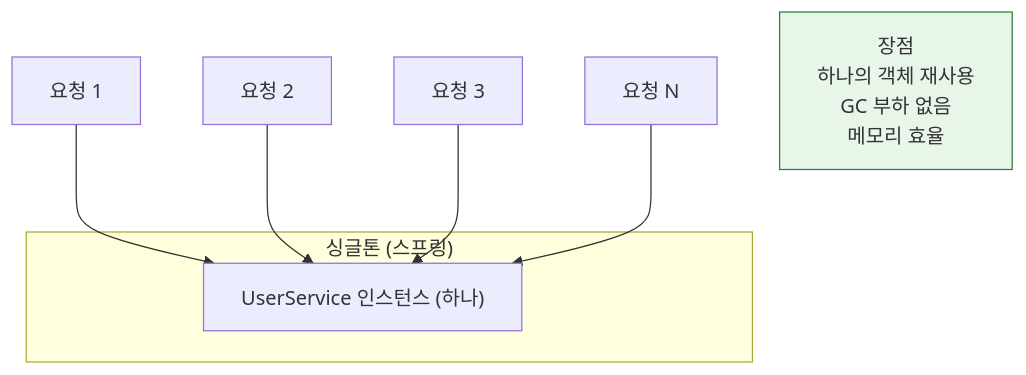
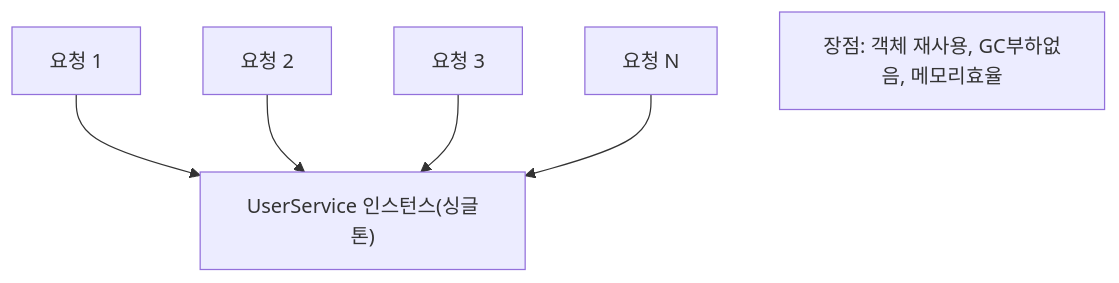
The second of 6 diagrams in _posts/spring/2022-06-16-싱글톤 레지스트리와 오브젝트 스코프.md (yjkim2015/yjkim2015.github.io), drawn with Mermaid before and after one commit. The commit also changed other lines of this file and 215 other files, not shown here.

First line of the commit message:
신규 포스트 10개 추가 + Mermaid 전면 축소 + SystemDesign 시리즈 보강

````diff
--- a/_posts/spring/2022-06-16-싱글톤 레지스트리와 오브젝트 스코프.md
+++ b/_posts/spring/2022-06-16-싱글톤 레지스트리와 오브젝트 스코프.md
@@ -45,20 +30,9 @@
 ```mermaid
 graph TD
-    REQ1["요청 1"]
-    REQ2["요청 2"]
-    REQ3["요청 3"]
-    REQ_N["요청 N"]
-
-    subgraph "싱글톤 (스프링)"
-        SINGLE["UserService 인스턴스 (하나)"]
-    end
-
-    REQ1 --> SINGLE
-    REQ2 --> SINGLE
-    REQ3 --> SINGLE
-    REQ_N --> SINGLE
-
-    BENEFIT["장점\n하나의 객체 재사용\nGC 부하 없음\n메모리 효율"]
-
-    style BENEFIT fill:#e8f5e9,stroke:#2e7d32
+    REQ1["요청 1"] --> SINGLE
+    REQ2["요청 2"] --> SINGLE
+    REQ3["요청 3"] --> SINGLE
+    REQ_N["요청 N"] --> SINGLE
+    SINGLE["UserService 인스턴스(싱글톤)"]
+    BENEFIT["장점: 객체 재사용, GC부하없음, 메모리효율"]
 ```
````
